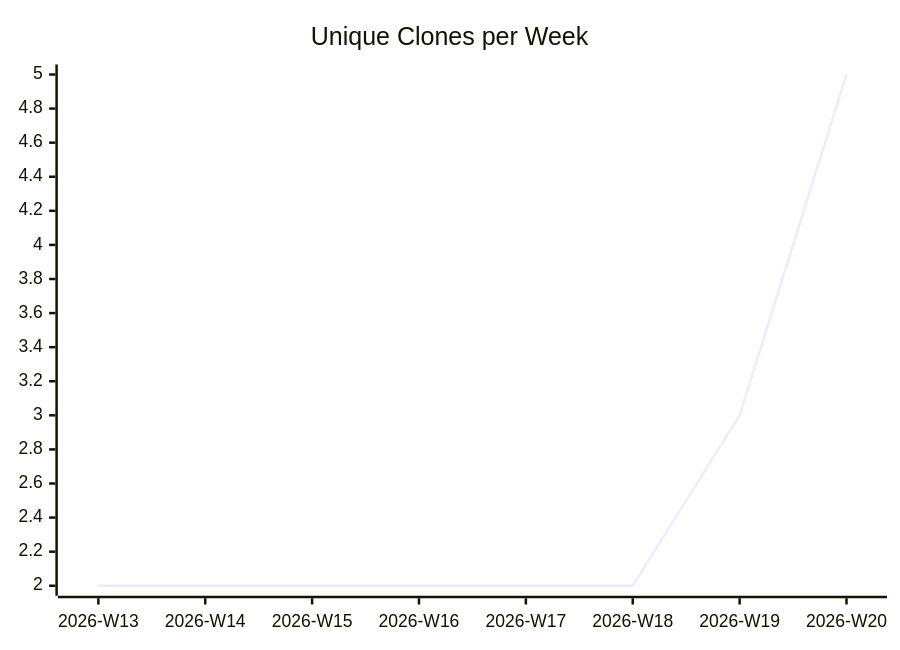
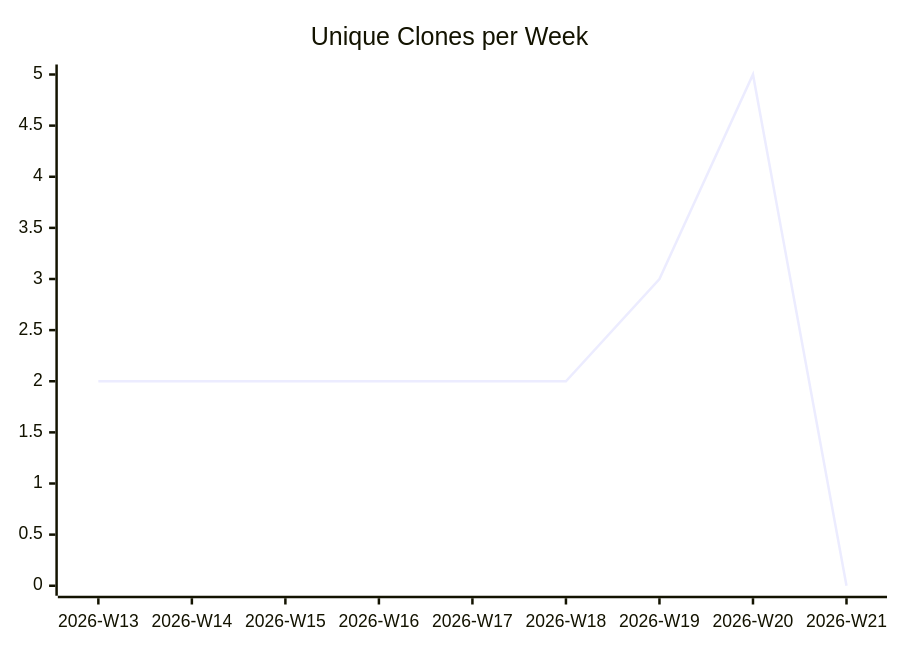
The third of 3 diagrams in karlmdavis/rps-tourney/README.md (justdavis-family/github-analytics-data), drawn with Mermaid before and after one commit. The commit also changed other lines of this file and 189 other files, not shown here.

````diff
--- a/karlmdavis/rps-tourney/README.md
+++ b/karlmdavis/rps-tourney/README.md
@@ -19,6 +19,6 @@
 ```mermaid
 xychart-beta
   title "Unique Clones per Week"
-  x-axis ["2026-W13", "2026-W14", "2026-W15", "2026-W16", "2026-W17", "2026-W18", "2026-W19", "2026-W20"]
-  line [2, 2, 2, 2, 2, 2, 3, 5]
+  x-axis ["2026-W13", "2026-W14", "2026-W15", "2026-W16", "2026-W17", "2026-W18", "2026-W19", "2026-W20", "2026-W21"]
+  line [2, 2, 2, 2, 2, 2, 3, 5, 0]
 ```
````
